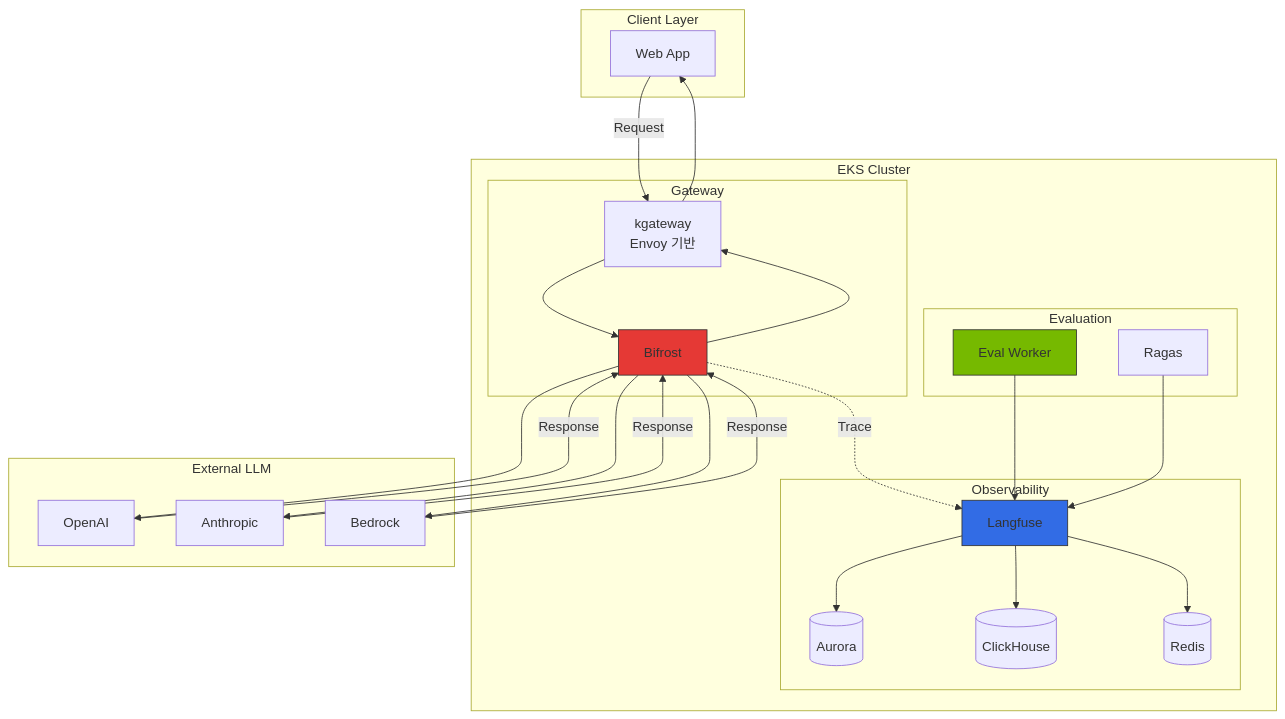
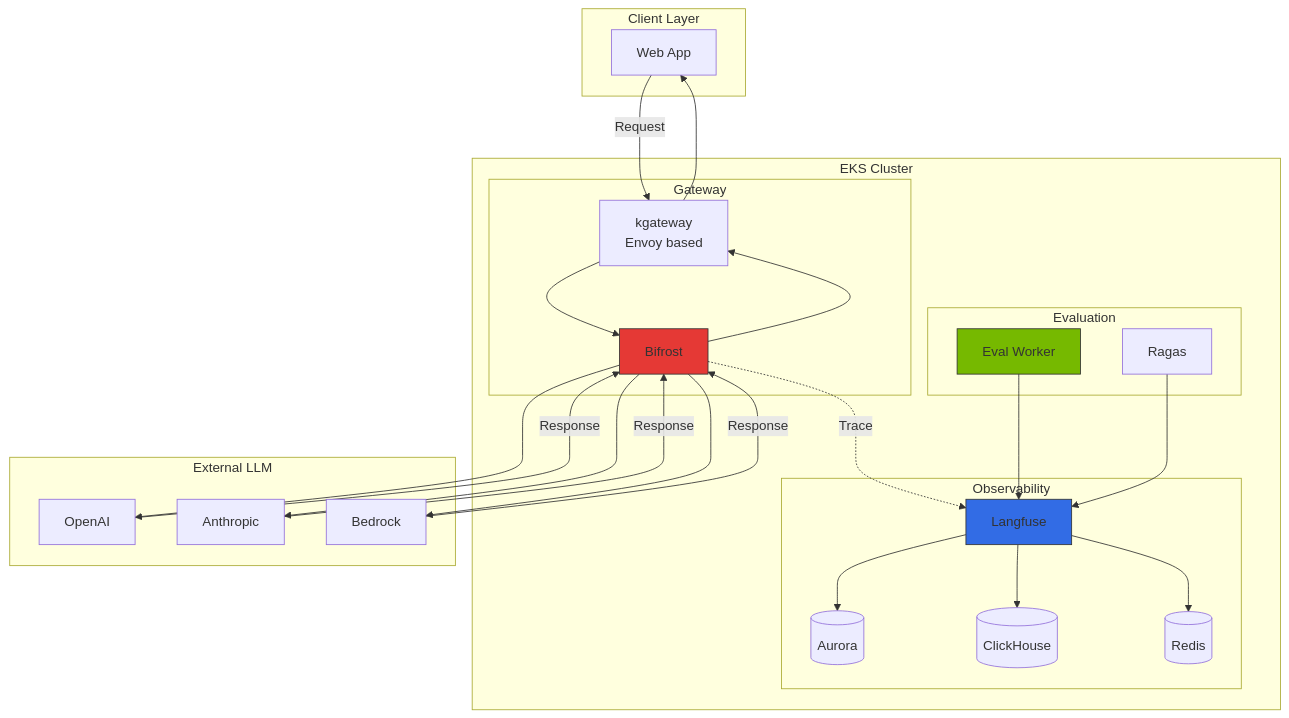
Before and after one commit to devfloor9/engineering-playbook: the second of 3 diagrams in i18n/en/docusaurus-plugin-content-docs/current/agentic-ai-platform/operations-mlops/llmops-observability.md, drawn with Mermaid. The commit also changed other lines of this file and 105 other files, not shown here.

````diff
--- a/i18n/en/docusaurus-plugin-content-docs/current/agentic-ai-platform/operations-mlops/llmops-observability.md
+++ b/i18n/en/docusaurus-plugin-content-docs/current/agentic-ai-platform/operations-mlops/llmops-observability.md
@@ -157,47 +157,47 @@
 ```mermaid
 flowchart TB
     subgraph Client["Client Layer"]
         A[Web App]
     end
 
     subgraph EKS["EKS Cluster"]
         subgraph GW["Gateway"]
-            B[kgateway<br/>Envoy 기반]
+            B[kgateway<br/>Envoy based]
             C[Bifrost]
         end
 
         subgraph OBS["Observability"]
             D[Langfuse]
             E[(Aurora)]
             F[(ClickHouse)]
             G[(Redis)]
         end
 
         subgraph EVAL["Evaluation"]
             H[Eval Worker]
             I[Ragas]
         end
     end
 
     subgraph EXT["External LLM"]
         J[OpenAI]
         K[Anthropic]
         L[Bedrock]
     end
 
     A -->|Request| B
     B --> C
     C --> J & K & L
     J & K & L -->|Response| C
     C --> B
     B --> A
 
     C -.->|Trace| D
     D --> E & F & G
     H --> D
     I --> D
 
     style C fill:#e53935,stroke:#333
     style D fill:#326ce5,stroke:#333
     style H fill:#76b900,stroke:#333
 ```
````
